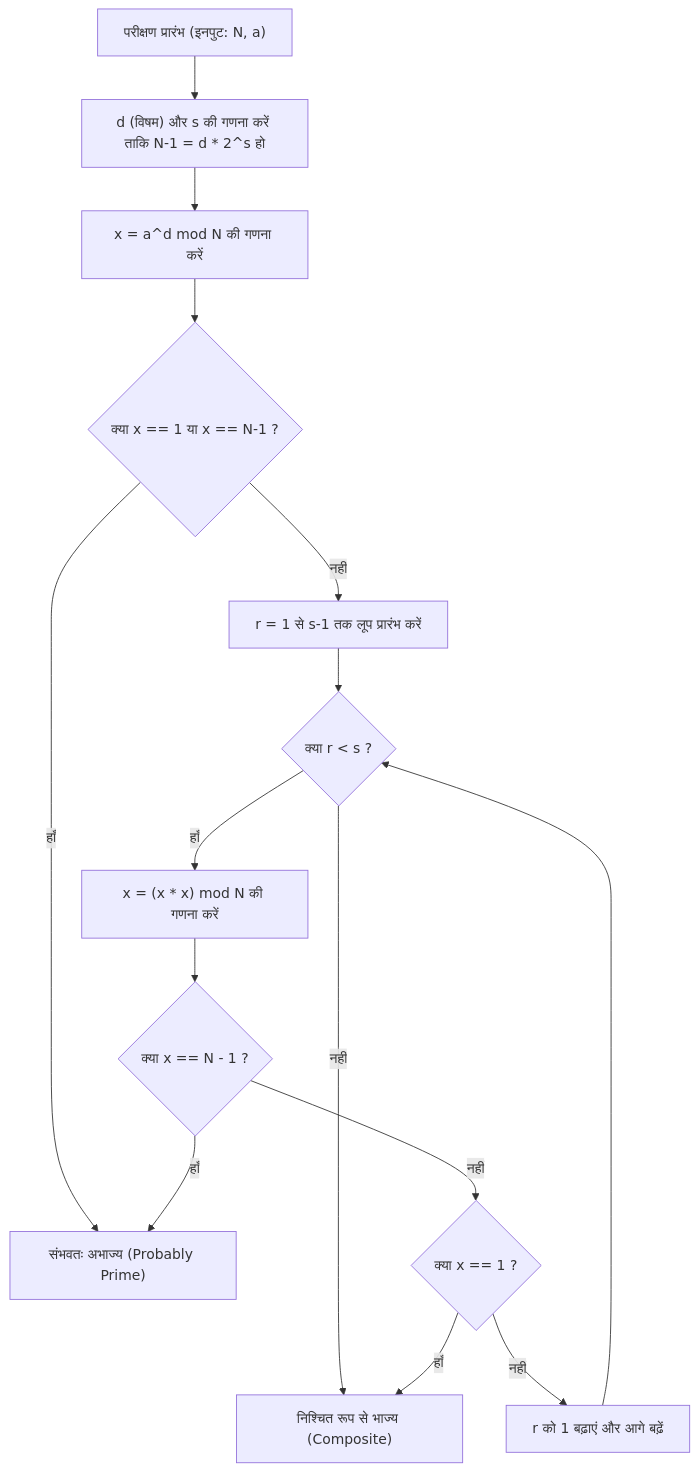
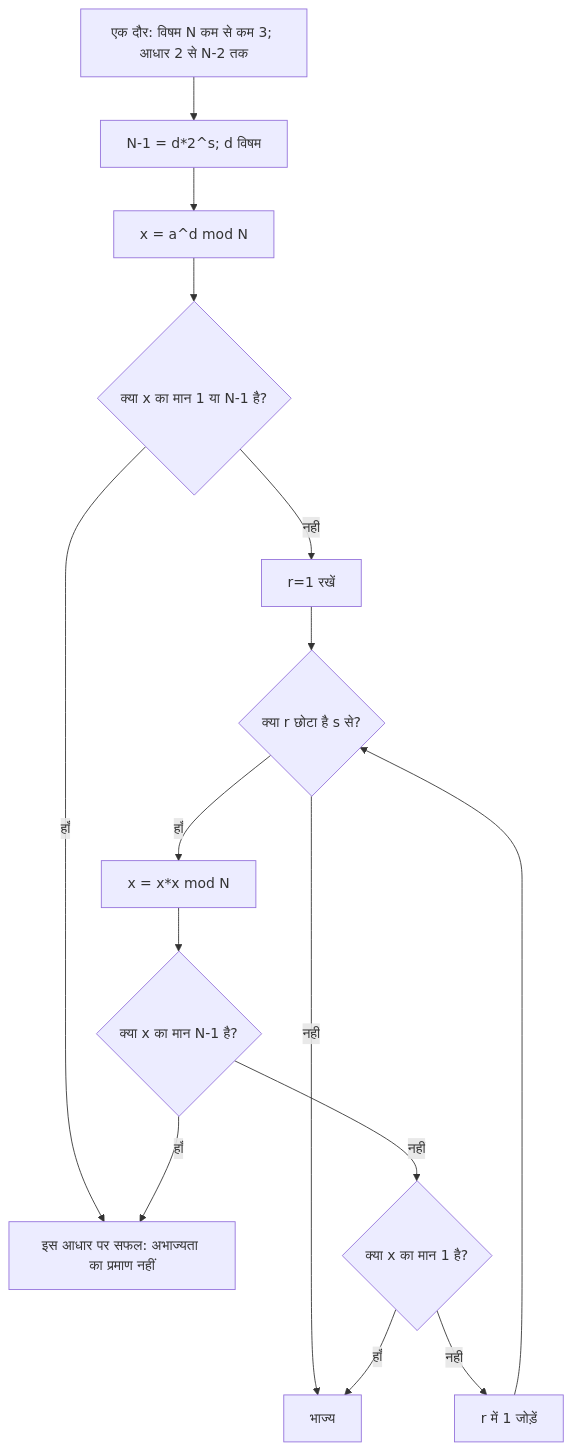
One commit to kenjinote/blog changed the first of 2 diagrams in content/post/cppで実装する高速な素数判定アルゴリズム/index.hi.md. Above: the diagram before and after it, drawn with Mermaid. The commit also changed other lines of this file and 4 other files, not shown here.

````diff
--- a/content/post/cppで実装する高速な素数判定アルゴリズム/index.hi.md
+++ b/content/post/cppで実装する高速な素数判定アルゴリズム/index.hi.md
@@ -123,20 +116,17 @@
 ```mermaid
 graph TD
-    Start["परीक्षण प्रारंभ (इनपुट: N, a)"] --> CalcDS["d (विषम) और s की गणना करें ताकि N-1 = d * 2^s हो"]
-    CalcDS --> CalcX["x = a^d mod N की गणना करें"]
-    CalcX --> CheckX1{"क्या x == 1 या x == N-1 ?"}
-    CheckX1 -- हाँ --> ReturnTrue["संभवतः अभाज्य (Probably Prime)"]
-    CheckX1 -- नहीं --> LoopStart["r = 1 से s-1 तक लूप प्रारंभ करें"]
-    
-    LoopStart --> LoopCondition{"क्या r < s ?"}
-    LoopCondition -- नहीं --> ReturnFalse["निश्चित रूप से भाज्य (Composite)"]
-    LoopCondition -- हाँ --> SquareX["x = (x * x) mod N की गणना करें"]
-    
-    SquareX --> CheckXMinus1{"क्या x == N - 1 ?"}
-    CheckXMinus1 -- हाँ --> ReturnTrue
-    CheckXMinus1 -- नहीं --> CheckXOne{"क्या x == 1 ?"}
-    
-    CheckXOne -- हाँ --> ReturnFalse
-    CheckXOne -- नहीं --> LoopNext["r को 1 बढ़ाएं और आगे बढ़ें"]
-    LoopNext --> LoopCondition
+    Start["एक दौर: विषम N कम से कम 3; आधार 2 से N-2 तक"] --> DS["N-1 = d*2^s; d विषम"]
+    DS --> Power["x = a^d mod N"]
+    Power --> First{"क्या x का मान 1 या N-1 है?"}
+    First -- हाँ --> Pass["इस आधार पर सफल: अभाज्यता का प्रमाण नहीं"]
+    First -- नहीं --> Init["r=1 रखें"]
+    Init --> More{"क्या r छोटा है s से?"}
+    More -- नहीं --> Fail["भाज्य"]
+    More -- हाँ --> Square["x = x*x mod N"]
+    Square --> Minus{"क्या x का मान N-1 है?"}
+    Minus -- हाँ --> Pass
+    Minus -- नहीं --> One{"क्या x का मान 1 है?"}
+    One -- हाँ --> Fail
+    One -- नहीं --> Next["r में 1 जोड़ें"]
+    Next --> More
 ```
````
